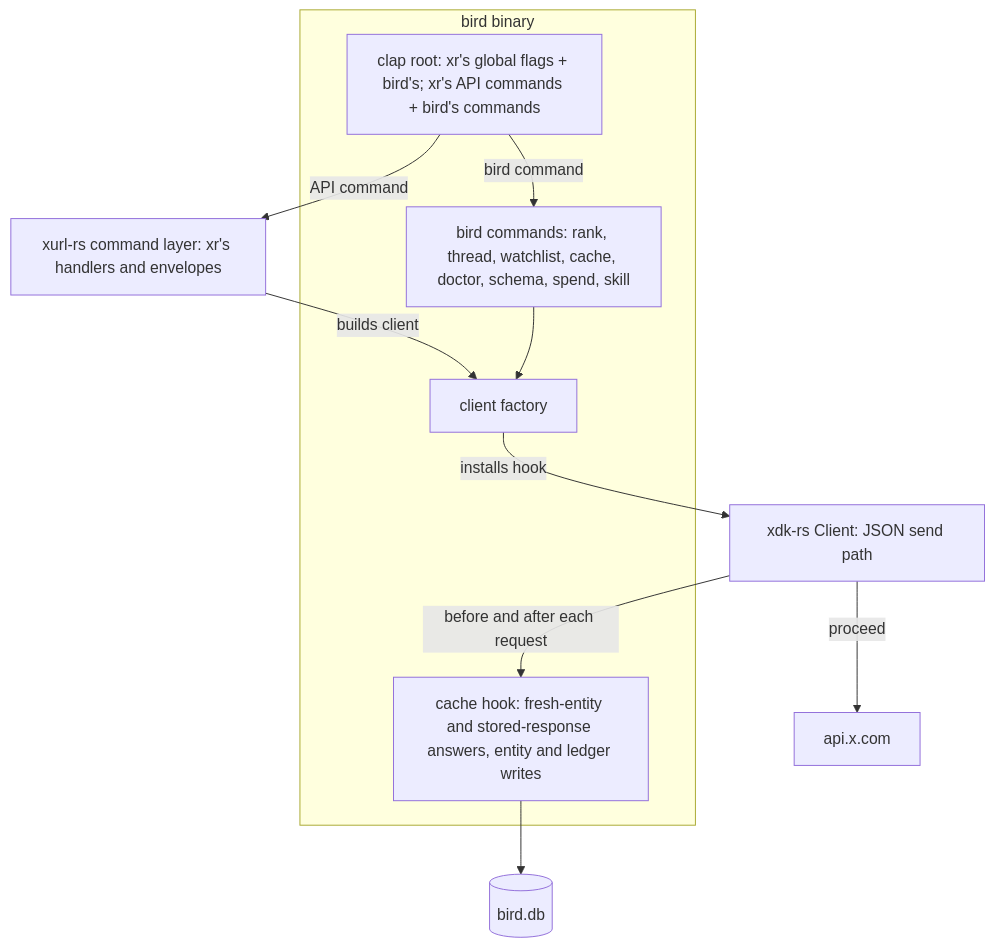
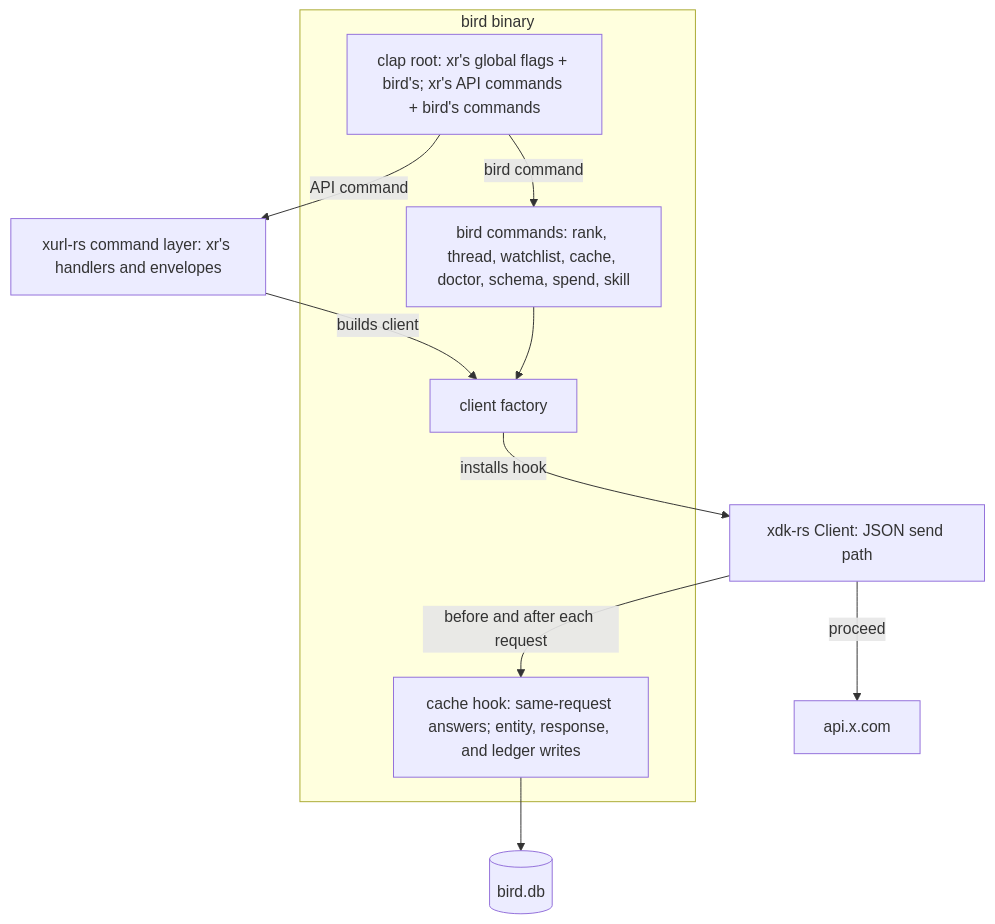
One commit to brettdavies/bird changed the first of 2 diagrams in docs/plans/2026-10-22-005-feat-bird-1-0-0-remaining-work-plan.md. Above: the diagram before and after it, drawn with Mermaid. The commit also changed other lines of this file, not shown here.

````diff
--- a/docs/plans/2026-10-22-005-feat-bird-1-0-0-remaining-work-plan.md
+++ b/docs/plans/2026-10-22-005-feat-bird-1-0-0-remaining-work-plan.md
@@ -327,21 +339,21 @@
 ```mermaid
 flowchart TB
   subgraph bird["bird binary"]
     ROOT["clap root: xr's global flags + bird's; xr's API commands + bird's commands"]
     OWN["bird commands: rank, thread, watchlist, cache, doctor, schema, spend, skill"]
     FAC["client factory"]
-    HOOK["cache hook: fresh-entity and stored-response answers, entity and ledger writes"]
+    HOOK["cache hook: same-request answers; entity, response, and ledger writes"]
   end
   RUN["xurl-rs command layer: xr's handlers and envelopes"]
   CL["xdk-rs Client: JSON send path"]
   DB[("bird.db")]
   X["api.x.com"]
   ROOT -->|API command| RUN
   ROOT -->|bird command| OWN
   RUN -->|builds client| FAC
   OWN --> FAC
   FAC -->|installs hook| CL
   CL -->|before and after each request| HOOK
   HOOK --> DB
   CL -->|proceed| X
 ```
````
